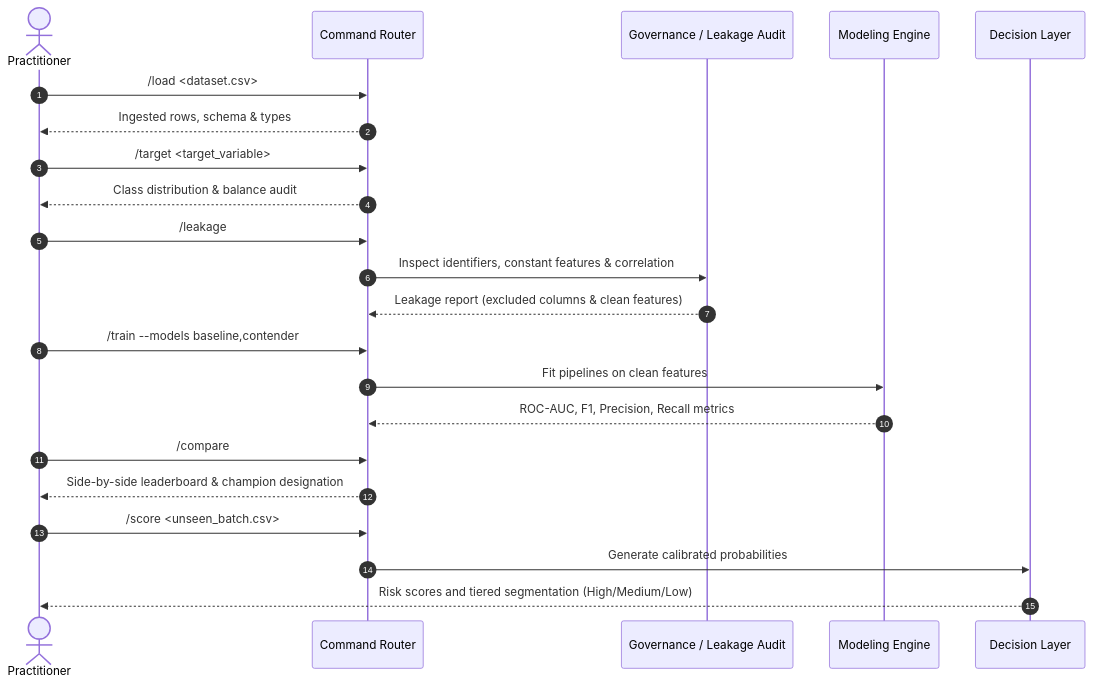
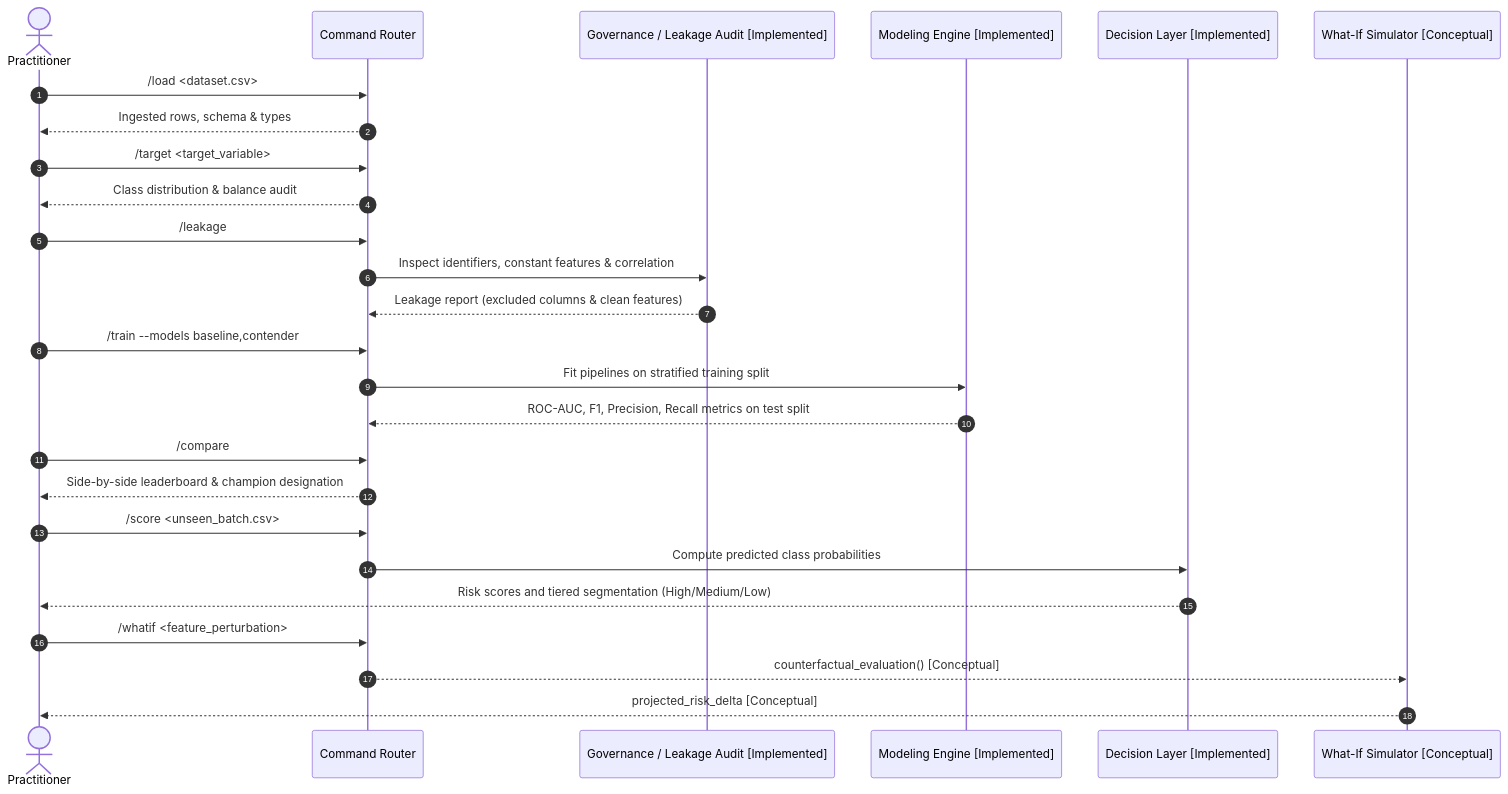
Before and after one commit to DanteBurbano27/asuna-ml-agent: the second of 2 diagrams in README.md, drawn with Mermaid. The commit also changed other lines of this file and 6 other files, not shown here.

Commit message:
fix: align architecture claims with implementation, add numpy dependency and CI workflow

````diff
--- a/README.md
+++ b/README.md
@@ -72,25 +73,29 @@
 ```mermaid
 sequenceDiagram
     autonumber
     actor Dev as Practitioner
     participant CLI as Command Router
-    participant Gov as Governance / Leakage Audit
-    participant ML as Modeling Engine
-    participant Dec as Decision Layer
+    participant Gov as Governance / Leakage Audit [Implemented]
+    participant ML as Modeling Engine [Implemented]
+    participant Dec as Decision Layer [Implemented]
+    participant Sim as What-If Simulator [Conceptual]
 
     Dev->>CLI: /load <dataset.csv>
     CLI-->>Dev: Ingested rows, schema & types
     Dev->>CLI: /target <target_variable>
     CLI-->>Dev: Class distribution & balance audit
     Dev->>CLI: /leakage
     CLI->>Gov: Inspect identifiers, constant features & correlation
     Gov-->>CLI: Leakage report (excluded columns & clean features)
     Dev->>CLI: /train --models baseline,contender
-    CLI->>ML: Fit pipelines on clean features
-    ML-->>CLI: ROC-AUC, F1, Precision, Recall metrics
+    CLI->>ML: Fit pipelines on stratified training split
+    ML-->>CLI: ROC-AUC, F1, Precision, Recall metrics on test split
     Dev->>CLI: /compare
     CLI-->>Dev: Side-by-side leaderboard & champion designation
     Dev->>CLI: /score <unseen_batch.csv>
-    CLI->>Dec: Generate calibrated probabilities
+    CLI->>Dec: Compute predicted class probabilities
     Dec-->>Dev: Risk scores and tiered segmentation (High/Medium/Low)
+    Dev->>CLI: /whatif <feature_perturbation>
+    CLI-->>Sim: counterfactual_evaluation() [Conceptual]
+    Sim-->>Dev: projected_risk_delta [Conceptual]
 ```
````
